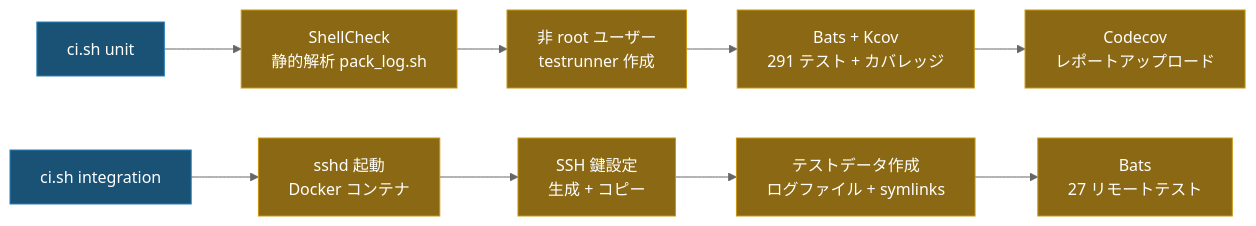
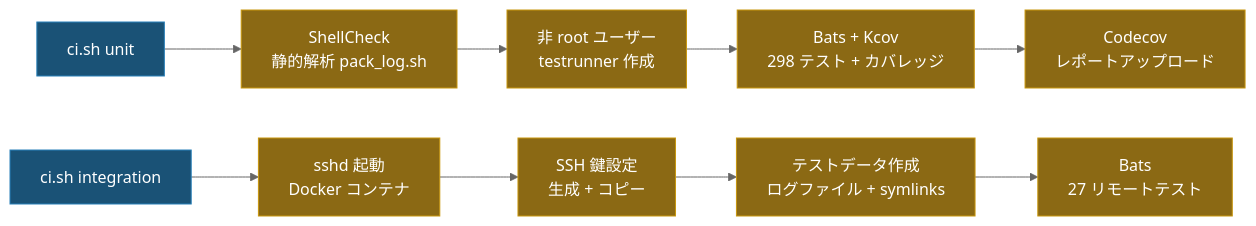
The diagram in doc/TEST.ja.md (ycpss91255/pack_log), drawn with Mermaid (neutral theme) before and after one commit. The commit also changed other lines of this file and 8 other files, not shown here.

````diff
--- a/doc/TEST.ja.md
+++ b/doc/TEST.ja.md
@@ -86,15 +86,15 @@
 ```mermaid
 graph LR
     S["ci.sh unit"]:::entry --> SC["ShellCheck\n静的解析 pack_log.sh"]:::step
     SC --> USER["非 root ユーザー\ntestrunner 作成"]:::step
-    USER --> BT["Bats + Kcov\n291 テスト + カバレッジ"]:::step
+    USER --> BT["Bats + Kcov\n298 テスト + カバレッジ"]:::step
     BT --> CC["Codecov\nレポートアップロード"]:::step
 
     S2["ci.sh integration"]:::entry --> SSHD["sshd 起動\nDocker コンテナ"]:::step
     SSHD --> KEY["SSH 鍵設定\n生成 + コピー"]:::step
     KEY --> DATA["テストデータ作成\nログファイル + symlinks"]:::step
     DATA --> IT["Bats\n27 リモートテスト"]:::step
 
     classDef entry fill:#1a5276,color:#fff,stroke:#2980b9
     classDef step fill:#8B6914,color:#fff,stroke:#c8960c
 ```
````
